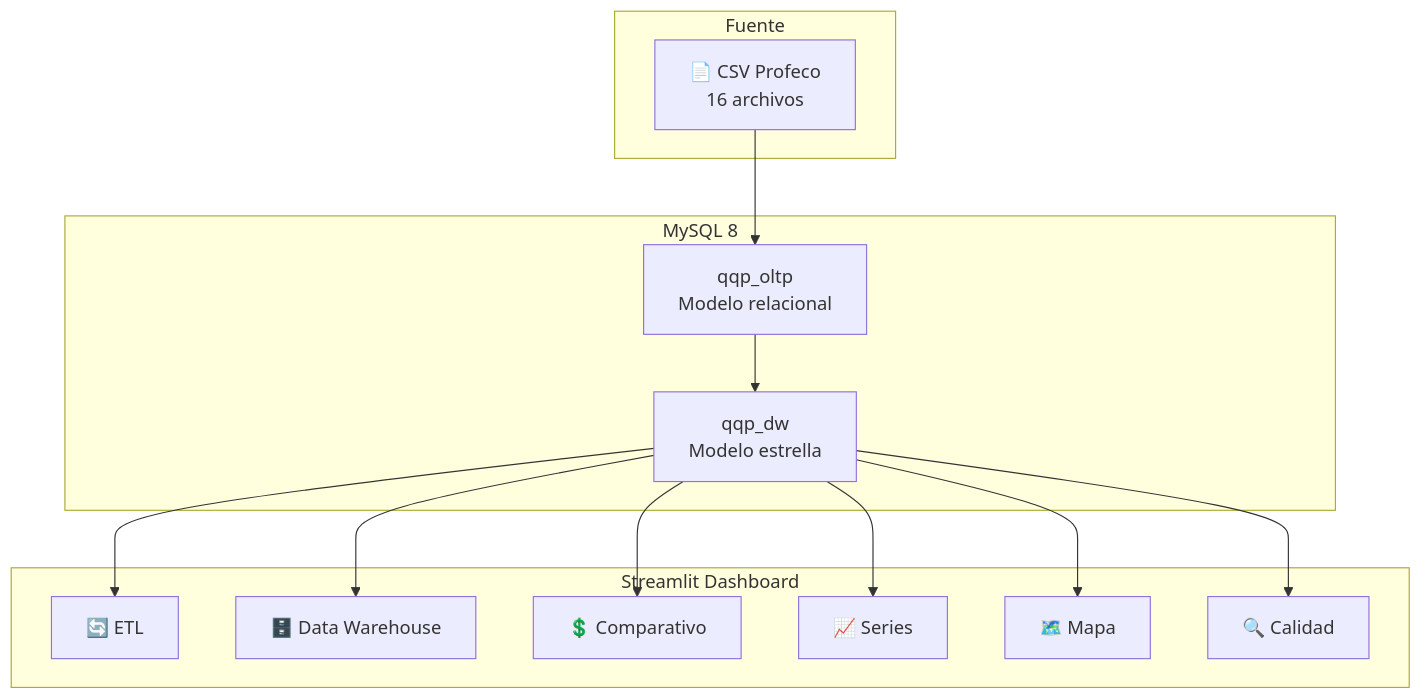
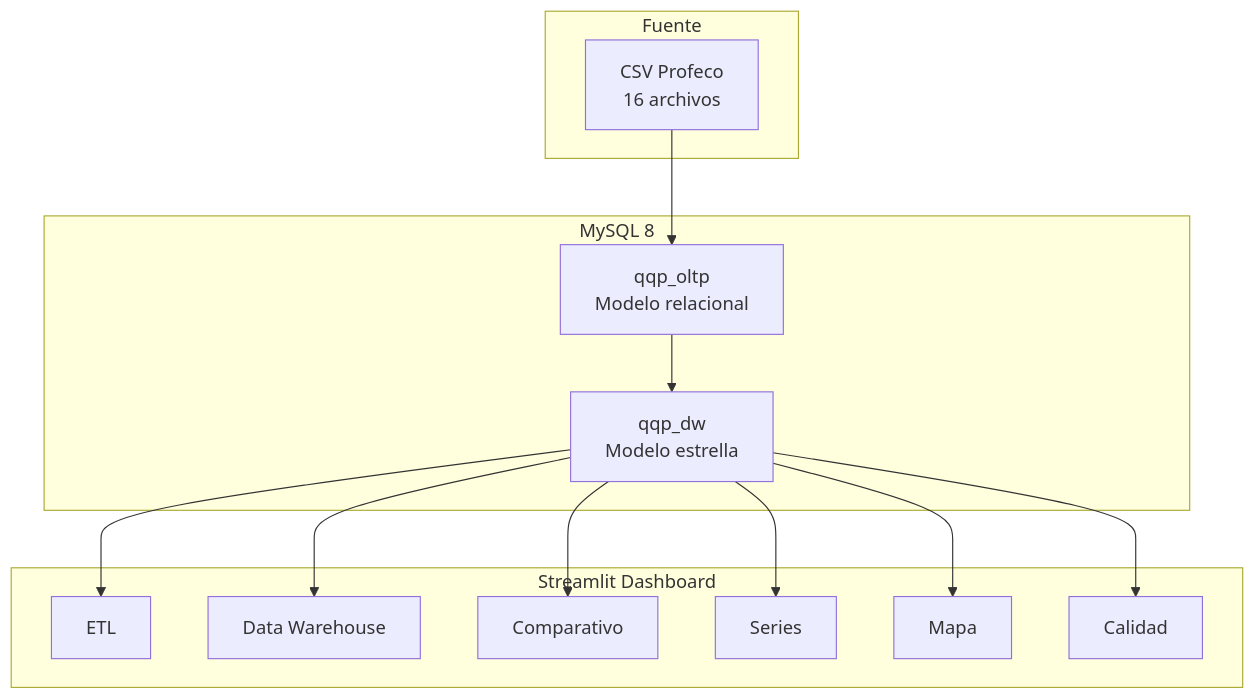
Before and after one commit to LeonardoSGP/qqp-oaxaca-dashboard: the second of 2 diagrams in README.md, drawn with Mermaid. The commit also changed other lines of this file and 8 other files, not shown here.

````diff
--- a/README.md
+++ b/README.md
@@ -68,21 +68,21 @@
 ```mermaid
 flowchart TD
     subgraph Fuente
-        CSV["📄 CSV Profeco\n16 archivos"]
+        CSV["CSV Profeco\n16 archivos"]
     end
     subgraph MySQL["MySQL 8"]
         OLTP["qqp_oltp\nModelo relacional"]
         DW["qqp_dw\nModelo estrella"]
     end
     subgraph Dashboard["Streamlit Dashboard"]
-        P1["🔄 ETL"]
-        P2["🗄️ Data Warehouse"]
-        P3["💲 Comparativo"]
-        P4["📈 Series"]
-        P5["🗺️ Mapa"]
-        P6["🔍 Calidad"]
+        P1["ETL"]
+        P2["Data Warehouse"]
+        P3["Comparativo"]
+        P4["Series"]
+        P5["Mapa"]
+        P6["Calidad"]
     end
 
     CSV --> OLTP --> DW
     DW --> P1 & P2 & P3 & P4 & P5 & P6
 ```
````
